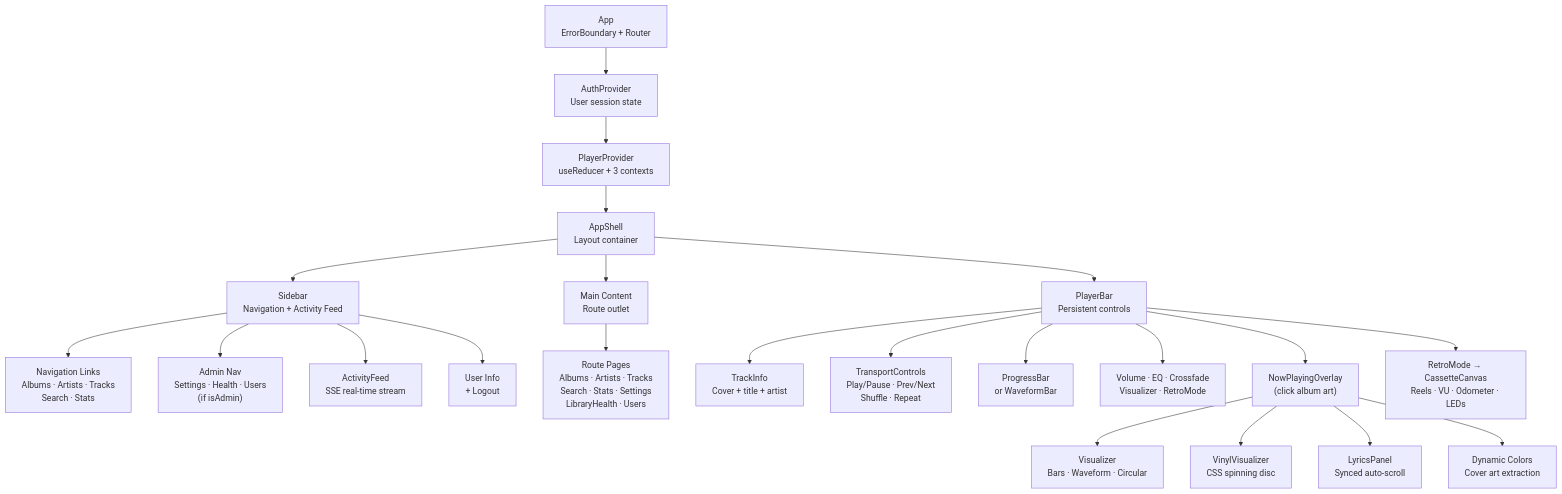
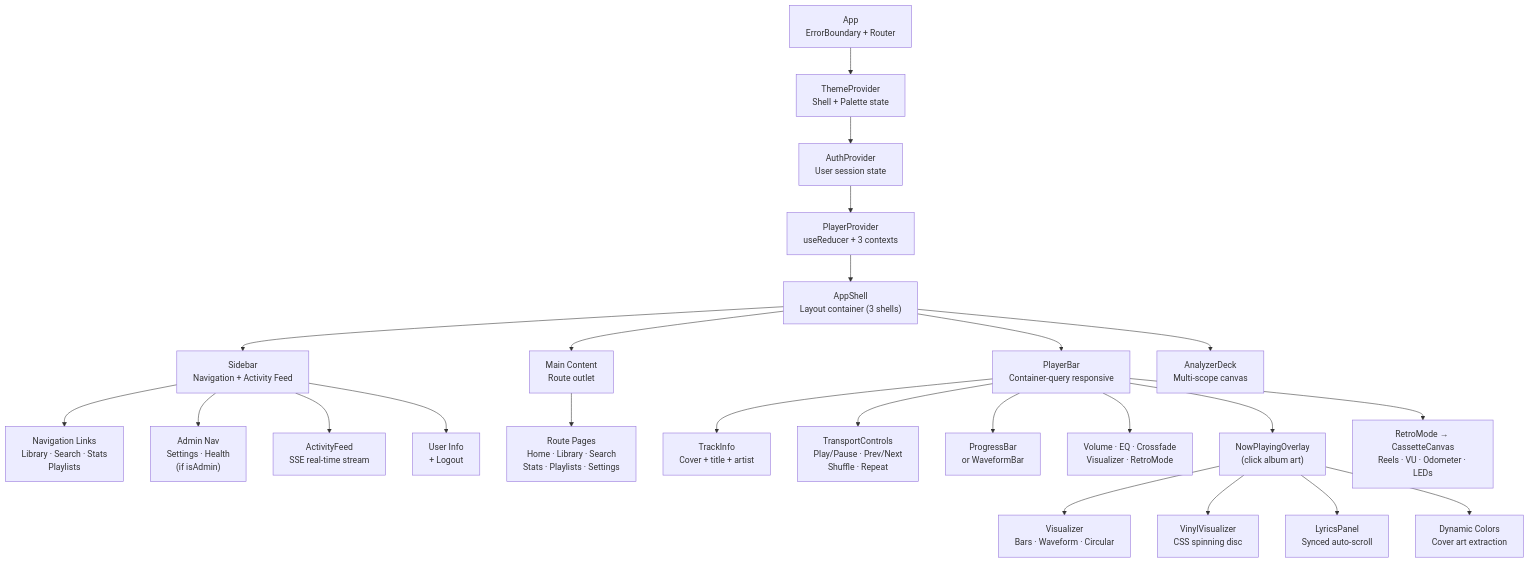
One commit to Cortadai/musicode changed the first of 4 diagrams in sonance-ui/README.md. Above: the diagram before and after it, drawn with Mermaid. The commit also changed other lines of this file, not shown here.

````diff
--- a/sonance-ui/README.md
+++ b/sonance-ui/README.md
@@ -40,31 +41,33 @@
 ```mermaid
 graph TD
     App["App<br/>ErrorBoundary + Router"]
-    App --> Auth["AuthProvider<br/>User session state"]
+    App --> Theme["ThemeProvider<br/>Shell + Palette state"]
+    Theme --> Auth["AuthProvider<br/>User session state"]
     Auth --> Player["PlayerProvider<br/>useReducer + 3 contexts"]
-    Player --> Shell["AppShell<br/>Layout container"]
+    Player --> Shell["AppShell<br/>Layout container (3 shells)"]
 
     Shell --> Sidebar["Sidebar<br/>Navigation + Activity Feed"]
     Shell --> Main["Main Content<br/>Route outlet"]
-    Shell --> PB["PlayerBar<br/>Persistent controls"]
+    Shell --> PB["PlayerBar<br/>Container-query responsive"]
+    Shell --> Analyzer["AnalyzerDeck<br/>Multi-scope canvas"]
 
-    Sidebar --> Nav["Navigation Links<br/>Albums · Artists · Tracks<br/>Search · Stats"]
-    Sidebar --> AdminNav["Admin Nav<br/>Settings · Health · Users<br/>(if isAdmin)"]
+    Sidebar --> Nav["Navigation Links<br/>Library · Search · Stats<br/>Playlists"]
+    Sidebar --> AdminNav["Admin Nav<br/>Settings · Health<br/>(if isAdmin)"]
     Sidebar --> Feed["ActivityFeed<br/>SSE real-time stream"]
     Sidebar --> UserInfo["User Info<br/>+ Logout"]
 
-    Main --> Pages["Route Pages<br/>Albums · Artists · Tracks<br/>Search · Stats · Settings<br/>LibraryHealth · Users"]
+    Main --> Pages["Route Pages<br/>Home · Library · Search<br/>Stats · Playlists · Settings"]
 
     PB --> TrackInfo["TrackInfo<br/>Cover + title + artist"]
     PB --> Transport["TransportControls<br/>Play/Pause · Prev/Next<br/>Shuffle · Repeat"]
     PB --> Progress["ProgressBar<br/>or WaveformBar"]
     PB --> Controls["Volume · EQ · Crossfade<br/>Visualizer · RetroMode"]
 
     PB --> NP["NowPlayingOverlay<br/>(click album art)"]
     NP --> Vis["Visualizer<br/>Bars · Waveform · Circular"]
     NP --> Vinyl["VinylVisualizer<br/>CSS spinning disc"]
     NP --> Lyrics["LyricsPanel<br/>Synced auto-scroll"]
     NP --> DynColor["Dynamic Colors<br/>Cover art extraction"]
 
     PB --> Cassette["RetroMode → CassetteCanvas<br/>Reels · VU · Odometer · LEDs"]
 ```
````
